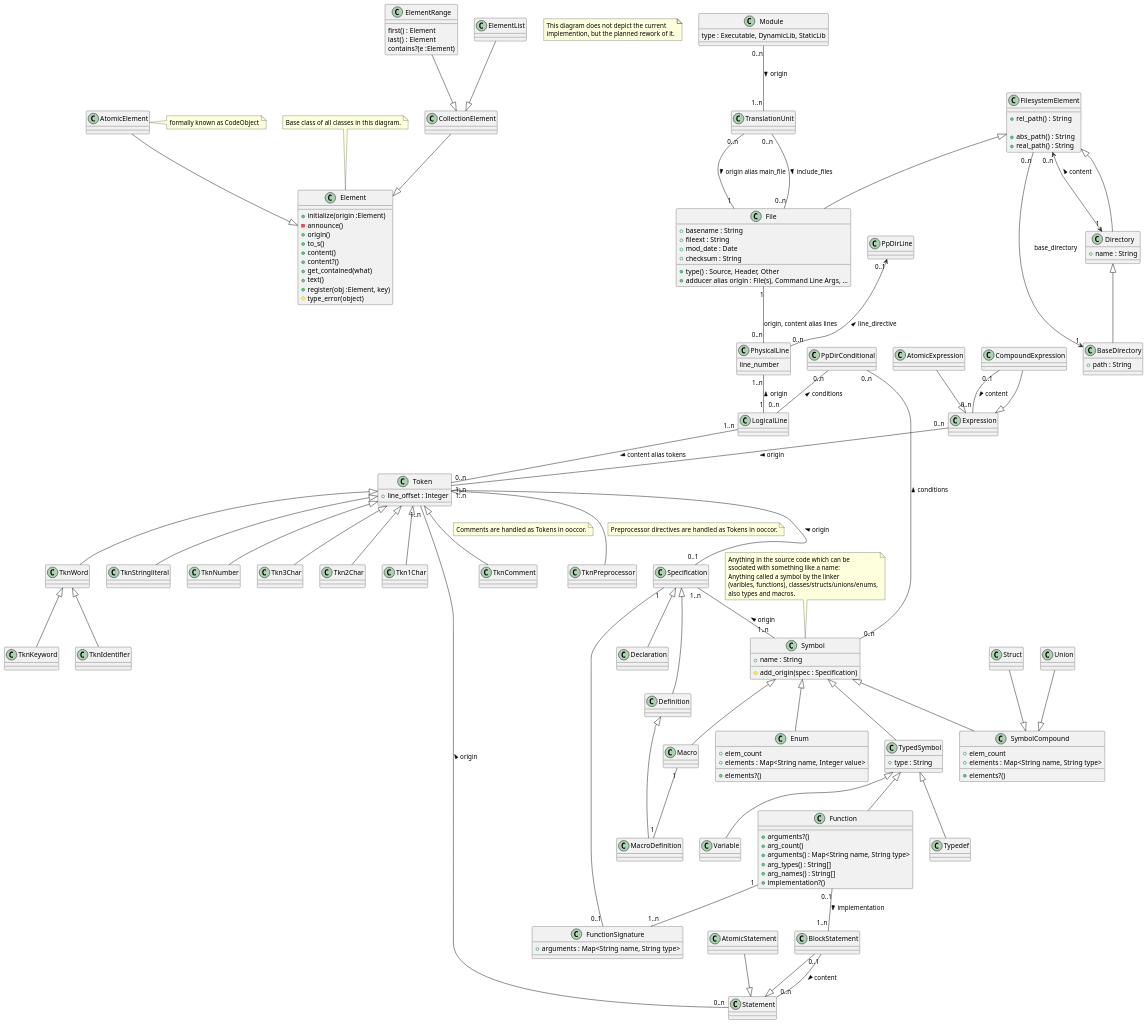
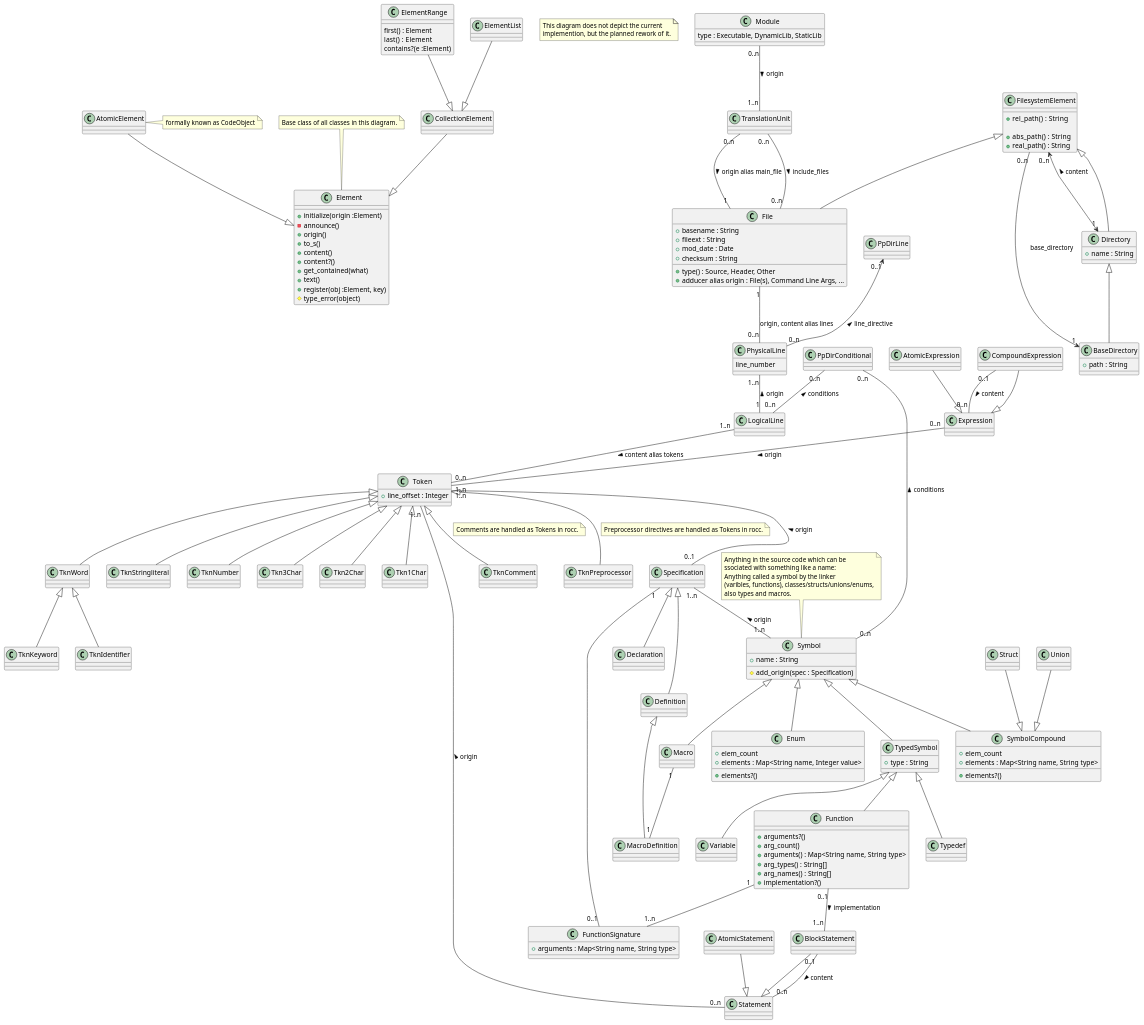
Before and after one commit to thilo-fischer/rocc: the diagram in design/classes.puml, drawn with PlantUML. The commit also changed 41 other files, not shown here.

Commit message:
rename ooccor -> rocc

```diff
--- a/design/classes.puml
+++ b/design/classes.puml
@@ -76,7 +76,7 @@
   + mod_date : Date
   ' Checksum on the file content, will be used for sound file modification check
   + checksum : String
-  ' From where did the analysis lead ooccur to this file? Can be multiple sources.
+  ' From where did the analysis lead rocc to this file? Can be multiple sources.
   + adducer alias origin : File(s), Command Line Args, ...
 }
 FilesystemElement <|-- File
@@ -113,10 +113,10 @@
 LogicalLine "1..n" -- "0..n" Token : content alias tokens >
 
 Token  <|-- TknComment
-note on link : Comments are handled as Tokens in ooccor.
+note on link : Comments are handled as Tokens in rocc.
 
 Token  <|-- TknPreprocessor
-note on link : Preprocessor directives are handled as Tokens in ooccor.
+note on link : Preprocessor directives are handled as Tokens in rocc.
 
 Token  <|-- TknWord
 TknWord <|-- TknKeyword
```
